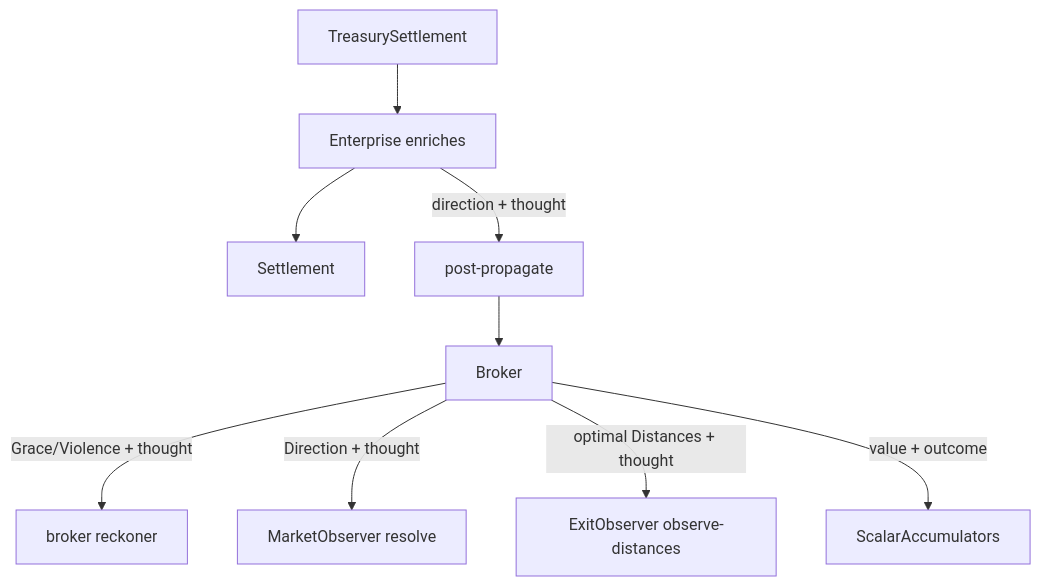
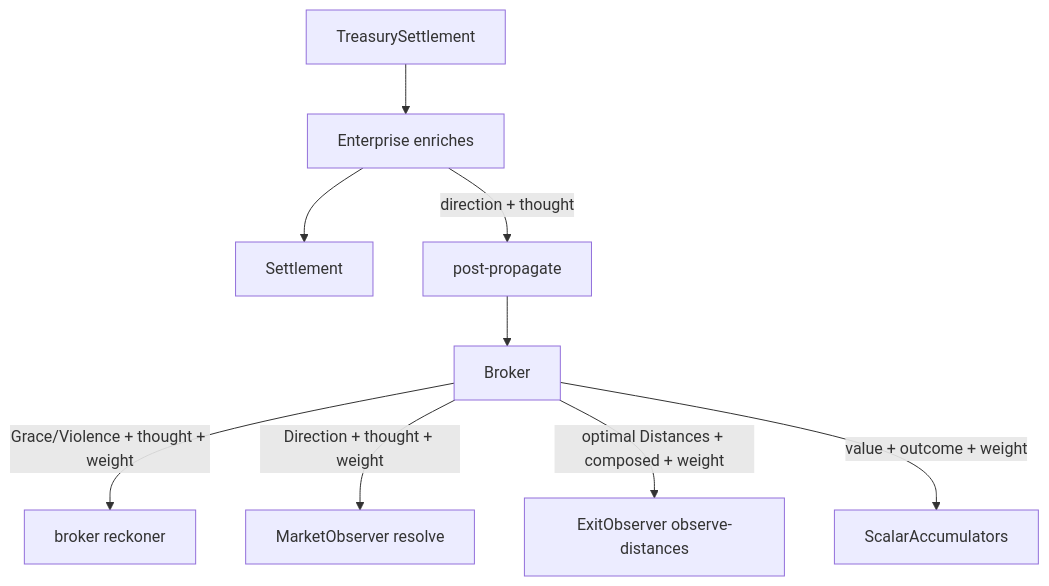
The seventh of 8 diagrams in wat/CIRCUIT.md (watmin/holon-lab-trading), drawn with Mermaid before and after one commit. The commit also changed other lines of this file, not shown here.

````diff
--- a/wat/CIRCUIT.md
+++ b/wat/CIRCUIT.md
@@ -186,11 +192,11 @@
 ```mermaid
 graph TD
     TS[TreasurySettlement] --> EN[Enterprise enriches]
     EN --> SET[Settlement]
     EN -->|direction + thought| PP[post-propagate]
     PP --> BR[Broker]
-    BR -->|Grace/Violence + thought| BRK[broker reckoner]
-    BR -->|Direction + thought| MO[MarketObserver resolve]
-    BR -->|optimal Distances + thought| EO[ExitObserver observe-distances]
-    BR -->|value + outcome| SA[ScalarAccumulators]
+    BR -->|Grace/Violence + thought + weight| BRK[broker reckoner]
+    BR -->|Direction + thought + weight| MO[MarketObserver resolve]
+    BR -->|optimal Distances + composed + weight| EO[ExitObserver observe-distances]
+    BR -->|value + outcome + weight| SA[ScalarAccumulators]
 ```
````
